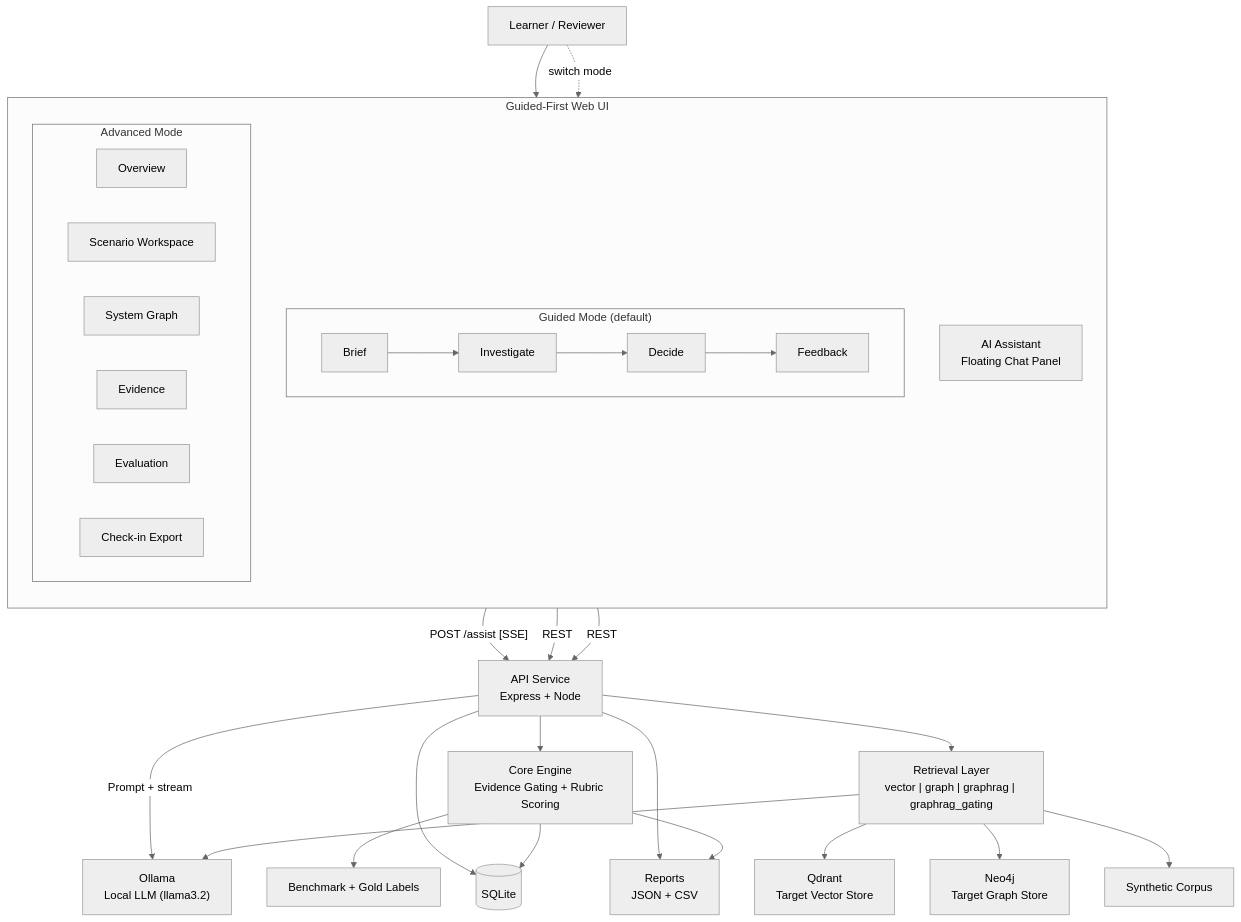
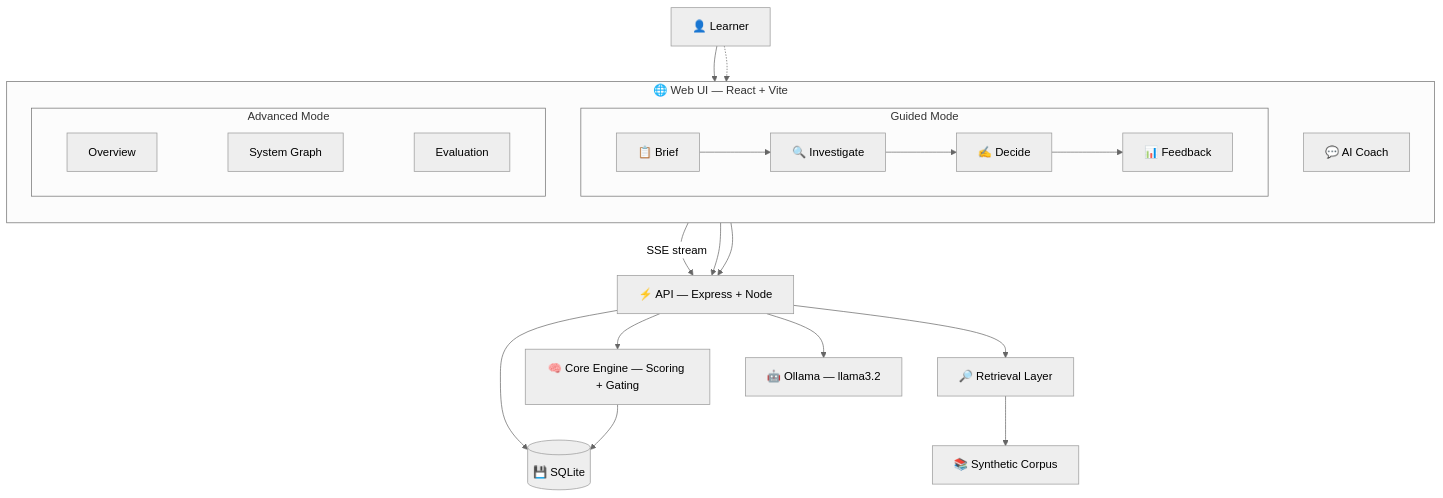
One commit to asharma3084/OmniMentor-Learning-Platform changed the diagram in README.md. Above: the diagram before and after it, drawn with Mermaid (neutral theme). The commit also changed other lines of this file, not shown here.

````diff
--- a/README.md
+++ b/README.md
@@ -138,54 +179,32 @@
 ```mermaid
 flowchart TB
-  U["Learner / Reviewer"]
-  subgraph UI["Guided-First Web UI"]
+  U["👤 Learner"]
+  subgraph UI["🌐 Web UI — React + Vite"]
     direction TB
-    subgraph GUIDED["Guided Mode (default)"]
-      B["Brief"]
-      INV["Investigate"]
-      DEC["Decide"]
-      FB["Feedback"]
-      B --> INV --> DEC --> FB
+    subgraph G["Guided Mode"]
+      B["📋 Brief"] --> I["🔍 Investigate"] --> D["✍️ Decide"] --> F["📊 Feedback"]
     end
-    subgraph ADV["Advanced Mode"]
-      DASH["Overview"]
-      WS["Scenario Workspace"]
-      SG["System Graph"]
-      EV["Evidence"]
-      EVAL["Evaluation"]
-      EXP["Check-in Export"]
+    subgraph A2["Advanced Mode"]
+      OV["Overview"] ~~~ SG["System Graph"] ~~~ EV["Evaluation"]
     end
-    CHAT["AI Assistant\nFloating Chat Panel"]
+    AI["💬 AI Coach"]
   end
+  API["⚡ API — Express + Node"]
+  CORE["🧠 Core Engine — Scoring + Gating"]
+  RET["🔎 Retrieval Layer"]
+  LLM["🤖 Ollama — llama3.2"]
+  DB[("💾 SQLite")]
+  CORPUS["📚 Synthetic Corpus"]
 
-  A["API Service\nExpress + Node"]
-  C["Core Engine\nEvidence Gating + Rubric Scoring"]
-  R["Retrieval Layer\nvector | graph | graphrag | graphrag_gating"]
-  LLM["Ollama\nLocal LLM (llama3.2)"]
-  NEO["Neo4j\nTarget Graph Store"]
-  QD["Qdrant\nTarget Vector Store"]
-  DB[("SQLite")]
-  DS["Synthetic Corpus"]
-  BM["Benchmark + Gold Labels"]
-  REP["Reports\nJSON + CSV"]
-
-  U --> GUIDED
-  U -.->|switch mode| ADV
-
-  GUIDED -->|REST| A
-  ADV -->|REST| A
-  CHAT -->|"POST /assist [SSE]"| A
-  A -->|Prompt + stream| LLM
-
-  A --> C
-  A --> R
-  A --> DB
-  R --> QD
-  R --> NEO
-  R --> LLM
-  R --> DS
-  C --> BM
-  C --> DB
-  A --> REP
-  C --> REP
+  U --> G
+  U -.-> A2
+  G --> API
+  A2 --> API
+  AI -->|"SSE stream"| API
+  API --> CORE
+  API --> RET
+  API --> LLM
+  API --> DB
+  RET --> CORPUS
+  CORE --> DB
 ```
````
